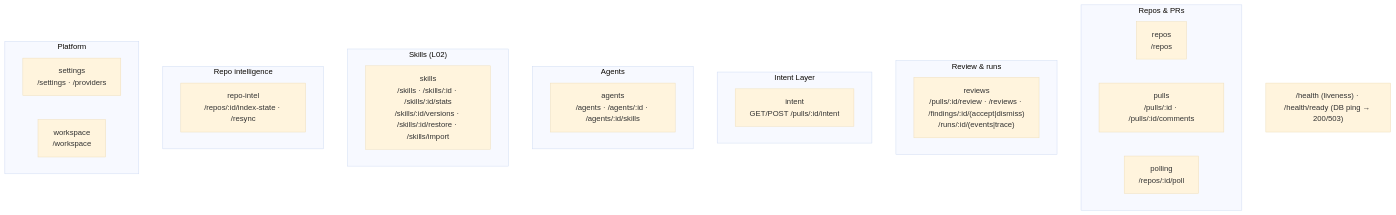
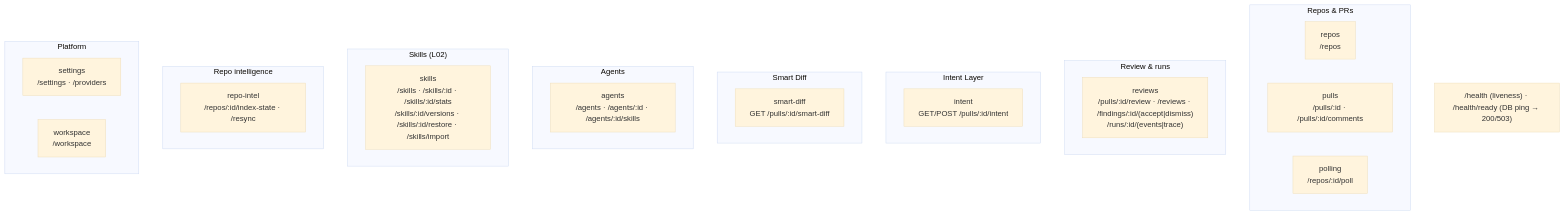
One commit to sgdiachenko/dev-digest changed the second of 4 diagrams in server/README.md. Above: the diagram before and after it, drawn with Mermaid (base theme). The commit also changed other lines of this file and 62 other files, not shown here.

````diff
--- a/server/README.md
+++ b/server/README.md
@@ -66,28 +66,31 @@
 ```mermaid
 flowchart TB
   subgraph Repos_PRs["Repos & PRs"]
     repos["repos<br/>/repos"]
     pulls["pulls<br/>/pulls/:id · /pulls/:id/comments"]
     polling["polling<br/>/repos/:id/poll"]
   end
   subgraph Review["Review & runs"]
     reviews["reviews<br/>/pulls/:id/review · /reviews · /findings/:id/(accept|dismiss)<br/>/runs/:id/(events|trace)"]
   end
   subgraph IntentLayer["Intent Layer"]
     intent["intent<br/>GET/POST /pulls/:id/intent"]
+  end
+  subgraph SmartDiff["Smart Diff"]
+    smartDiff["smart-diff<br/>GET /pulls/:id/smart-diff"]
   end
   subgraph Agents["Agents"]
     agents["agents<br/>/agents · /agents/:id · /agents/:id/skills"]
   end
   subgraph Skills["Skills (L02)"]
     skills["skills<br/>/skills · /skills/:id · /skills/:id/stats<br/>/skills/:id/versions · /skills/:id/restore · /skills/import"]
   end
   subgraph Intel["Repo intelligence"]
     repoIntel["repo-intel<br/>/repos/:id/index-state · /resync"]
   end
   subgraph Platform["Platform"]
     settings["settings<br/>/settings · /providers"]
     workspace["workspace<br/>/workspace"]
   end
   HEALTH["/health (liveness) · /health/ready (DB ping → 200/503)"]
 ```
````
